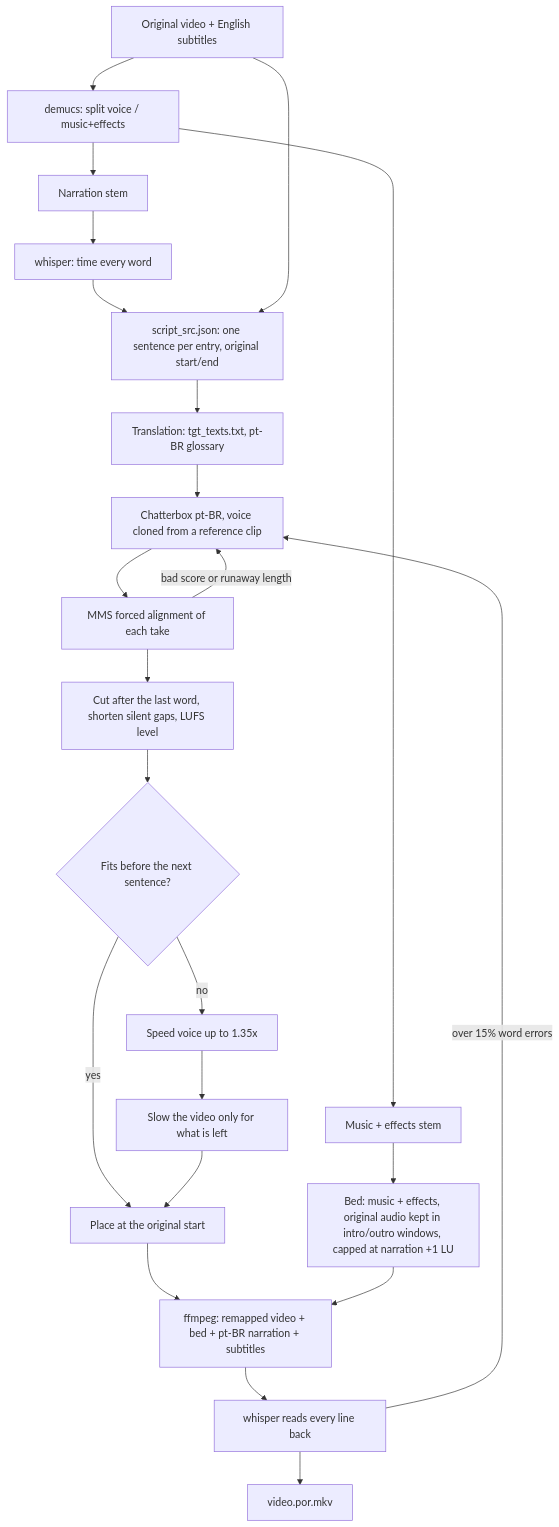
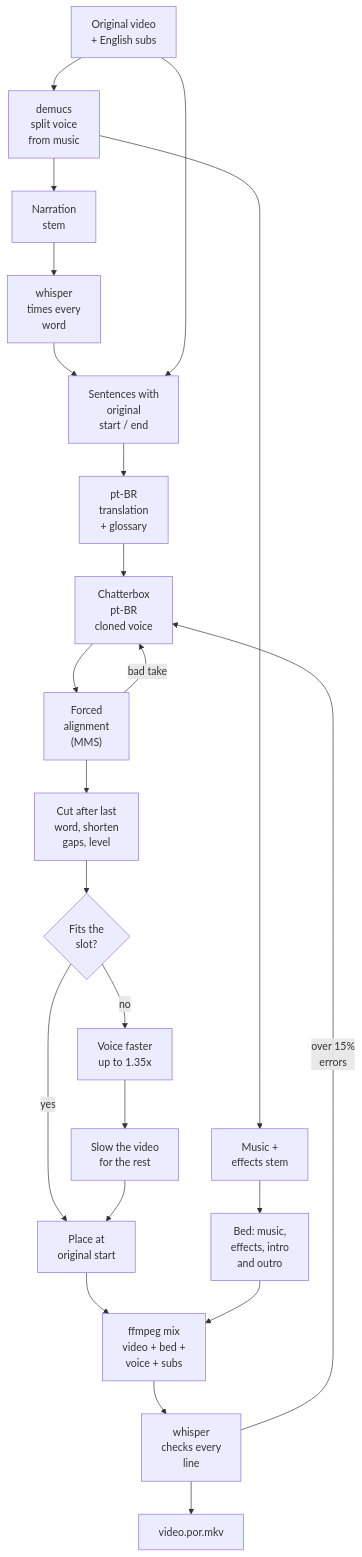
One commit to renatocron/video-earthlings-ptbr changed the first of 2 diagrams in README.md. Above: the diagram before and after it, drawn with Mermaid. The commit also changed other lines of this file, not shown here.

Commit message:
Shorten diagram labels so GitHub does not clip them

````diff
--- a/README.md
+++ b/README.md
@@ -28,25 +28,25 @@
 ```mermaid
 flowchart TD
-    YT[Original video + English subtitles] --> SEP[demucs: split voice / music+effects]
-    SEP --> VOX[Narration stem]
-    SEP --> BG[Music + effects stem]
-    VOX --> WH[whisper: time every word]
-    WH --> SCR[script_src.json: one sentence per entry, original start/end]
+    YT["Original video<br/>+ English subs"] --> SEP["demucs<br/>split voice<br/>from music"]
+    SEP --> VOX["Narration<br/>stem"]
+    SEP --> BG["Music +<br/>effects stem"]
+    VOX --> WH["whisper<br/>times every<br/>word"]
+    WH --> SCR["Sentences with<br/>original<br/>start / end"]
     YT --> SCR
-    SCR --> TR[Translation: tgt_texts.txt, pt-BR glossary]
-    TR --> TTS[Chatterbox pt-BR, voice cloned from a reference clip]
-    TTS --> AL[MMS forced alignment of each take]
-    AL -->|bad score or runaway length| TTS
-    AL --> CUT[Cut after the last word, shorten silent gaps, LUFS level]
-    CUT --> SYNC{Fits before the next sentence?}
-    SYNC -->|yes| PLACE[Place at the original start]
-    SYNC -->|no| SPD[Speed voice up to 1.35x]
-    SPD --> SLOW[Slow the video only for what is left]
+    SCR --> TR["pt-BR<br/>translation<br/>+ glossary"]
+    TR --> TTS["Chatterbox<br/>pt-BR<br/>cloned voice"]
+    TTS --> AL["Forced<br/>alignment<br/>(MMS)"]
+    AL -->|"bad take"| TTS
+    AL --> CUT["Cut after last<br/>word, shorten<br/>gaps, level"]
+    CUT --> SYNC{"Fits the<br/>slot?"}
+    SYNC -->|yes| PLACE["Place at<br/>original start"]
+    SYNC -->|no| SPD["Voice faster<br/>up to 1.35x"]
+    SPD --> SLOW["Slow the video<br/>for the rest"]
     SLOW --> PLACE
-    BG --> BED[Bed: music + effects, original audio kept in intro/outro windows, capped at narration +1 LU]
-    PLACE --> MIX[ffmpeg: remapped video + bed + pt-BR narration + subtitles]
+    BG --> BED["Bed: music,<br/>effects, intro<br/>and outro"]
+    PLACE --> MIX["ffmpeg mix<br/>video + bed +<br/>voice + subs"]
     BED --> MIX
-    MIX --> QC[whisper reads every line back]
-    QC -->|over 15% word errors| TTS
-    QC --> OUT[video.por.mkv]
+    MIX --> QC["whisper<br/>checks every<br/>line"]
+    QC -->|"over 15%<br/>errors"| TTS
+    QC --> OUT["video.por.mkv"]
 ```
````
